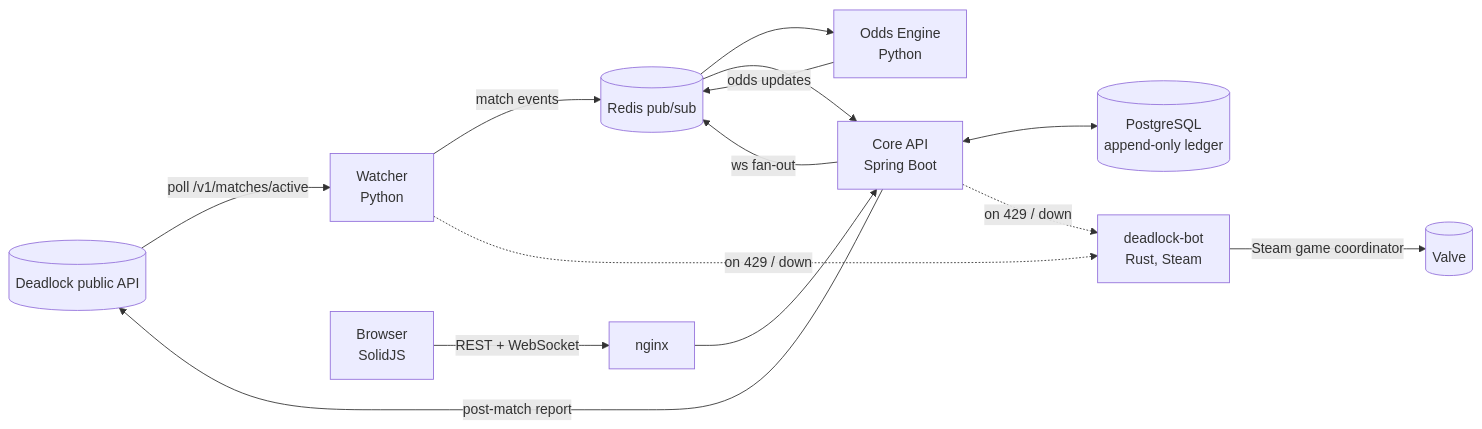
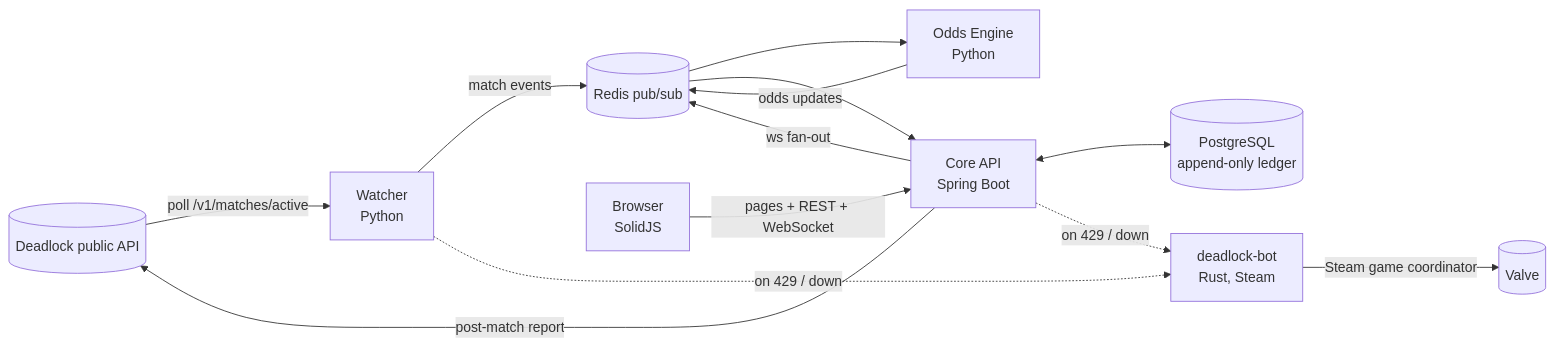
Before and after one commit to Kadyrsky/CASINO_v2: the first of 2 diagrams in README.md, drawn with Mermaid. The commit also changed other lines of this file and 10 other files, not shown here.

````diff
--- a/README.md
+++ b/README.md
@@ -160,15 +159,15 @@
 ```mermaid
 flowchart LR
   DL[(Deadlock public API)] -->|poll /v1/matches/active| W[Watcher<br/>Python]
   W -->|match events| R[(Redis pub/sub)]
   R --> O[Odds Engine<br/>Python]
   O -->|odds updates| R
   R --> C[Core API<br/>Spring Boot]
   C <--> P[(PostgreSQL<br/>append-only ledger)]
   C -->|ws fan-out| R
   C -->|post-match report| DL
   W -.->|on 429 / down| SB[deadlock-bot<br/>Rust, Steam]
   C -.->|on 429 / down| SB
   SB -->|Steam game coordinator| V[(Valve)]
-  B[Browser<br/>SolidJS] -->|REST + WebSocket| N[nginx] --> C
+  B[Browser<br/>SolidJS] -->|pages + REST + WebSocket| C
 ```
````
